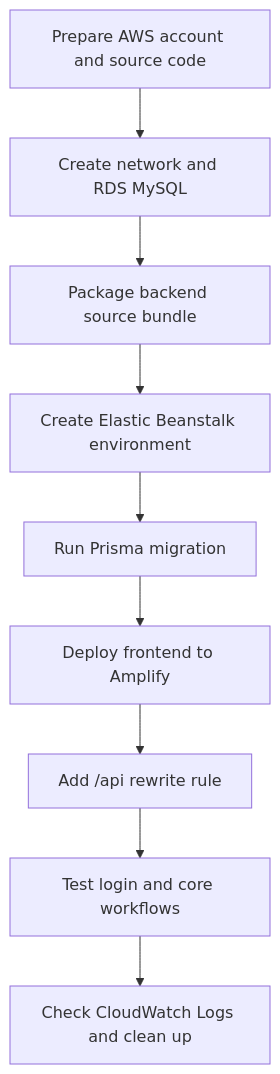
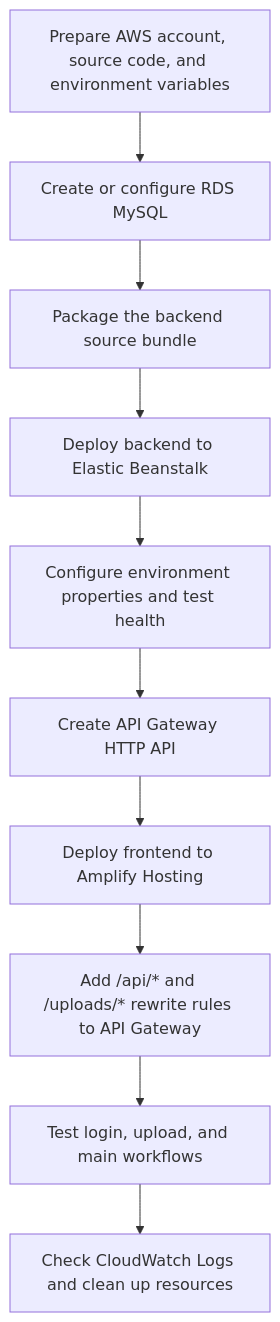
The diagram in content/5-Workshop/5.1-Workshop-overview/_index.md (dungg-z04/eam-workshop-report), drawn with Mermaid before and after one commit. The commit also changed other lines of this file and 204 other files, not shown here.

```diff
--- a/content/5-Workshop/5.1-Workshop-overview/_index.md
+++ b/content/5-Workshop/5.1-Workshop-overview/_index.md
@@ -33,11 +40,12 @@
 {{< mermaid >}}
 flowchart TD
-    A["Prepare AWS account and source code"] --> B["Create network and RDS MySQL"]
-    B --> C["Package backend source bundle"]
-    C --> D["Create Elastic Beanstalk environment"]
-    D --> E["Run Prisma migration"]
-    E --> F["Deploy frontend to Amplify"]
-    F --> G["Add /api rewrite rule"]
-    G --> H["Test login and core workflows"]
-    H --> I["Check CloudWatch Logs and clean up"]
+    A["Prepare AWS account, source code, and environment variables"] --> B["Create or configure RDS MySQL"]
+    B --> C["Package the backend source bundle"]
+    C --> D["Deploy backend to Elastic Beanstalk"]
+    D --> E["Configure environment properties and test health"]
+    E --> F["Create API Gateway HTTP API"]
+    F --> G["Deploy frontend to Amplify Hosting"]
+    G --> H["Add /api/* and /uploads/* rewrite rules to API Gateway"]
+    H --> I["Test login, upload, and main workflows"]
+    I --> J["Check CloudWatch Logs and clean up resources"]
 {{< /mermaid >}}
```
